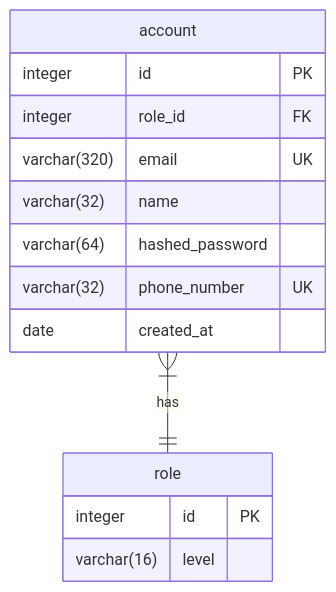
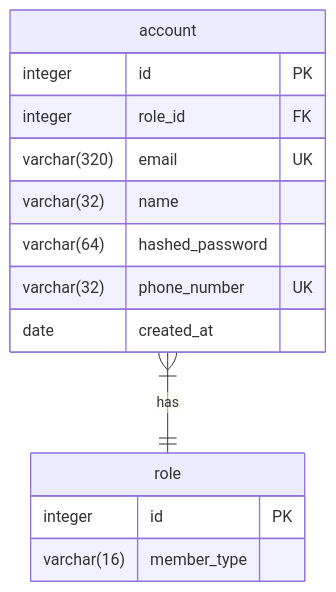
Before and after one commit to kimsehyoung/dongle: the diagram in api/db_schema/AUTH_ERD.md, drawn with Mermaid. The commit also changed 30 other files, not shown here.

````diff
--- a/api/db_schema/AUTH_ERD.md
+++ b/api/db_schema/AUTH_ERD.md
@@ -1,19 +1,19 @@
 ```mermaid
 erDiagram
     role  {
         integer id PK
-        varchar(16) level
+        varchar(16) member_type
     }
 
     account {
         integer id PK
         integer role_id FK
         varchar(320) email UK
         varchar(32) name
         varchar(64) hashed_password
         varchar(32) phone_number UK
         date created_at
     }
 
 account }|--|| role : has
 ```
````
